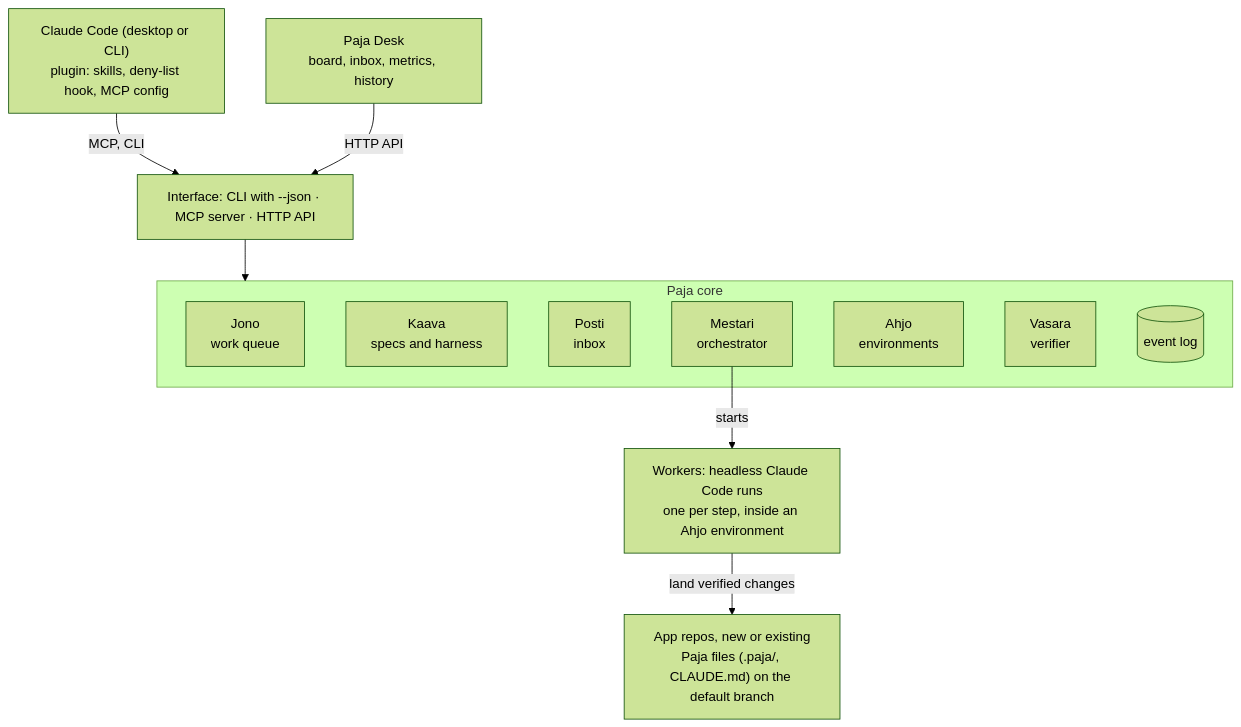
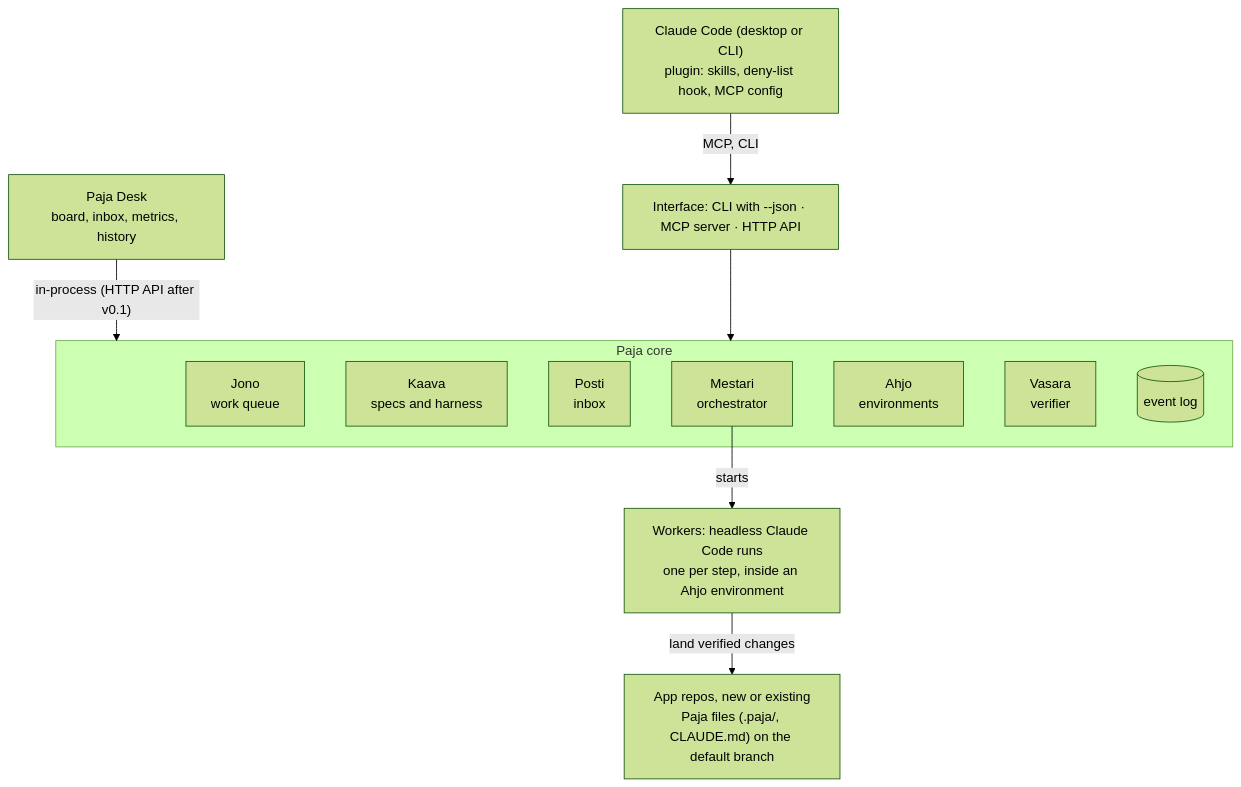
Before and after one commit to eppu-peltonen/paja: the diagram in docs/design/architecture.md, drawn with Mermaid (forest theme). The commit also changed other lines of this file and 18 other files, not shown here.

````diff
--- a/docs/design/architecture.md
+++ b/docs/design/architecture.md
@@ -7,23 +7,23 @@
 ```mermaid
 flowchart TB
     cc["Claude Code (desktop or CLI)<br/>plugin: skills, deny-list hook, MCP config"]
     desk["Paja Desk<br/>board, inbox, metrics, history"]
     iface["Interface: CLI with --json · MCP server · HTTP API"]
     subgraph core["Paja core"]
         jono["Jono<br/>work queue"]
         kaava["Kaava<br/>specs and harness"]
         posti["Posti<br/>inbox"]
         mestari["Mestari<br/>orchestrator"]
         ahjo["Ahjo<br/>environments"]
         vasara["Vasara<br/>verifier"]
         log[("event log")]
     end
     workers["Workers: headless Claude Code runs<br/>one per step, inside an Ahjo environment"]
     repos["App repos, new or existing<br/>Paja files (.paja/, CLAUDE.md) on the default branch"]
 
     cc -- "MCP, CLI" --> iface
-    desk -- "HTTP API" --> iface
+    desk -- "in-process (HTTP API after v0.1)" --> core
     iface --> core
     mestari -- starts --> workers
     workers -- "land verified changes" --> repos
 ```
````
